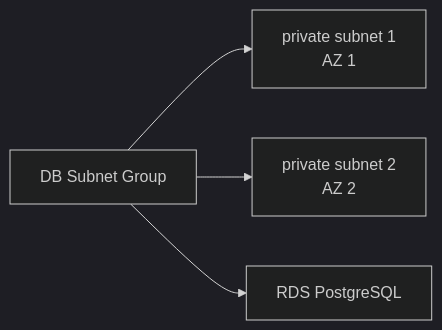
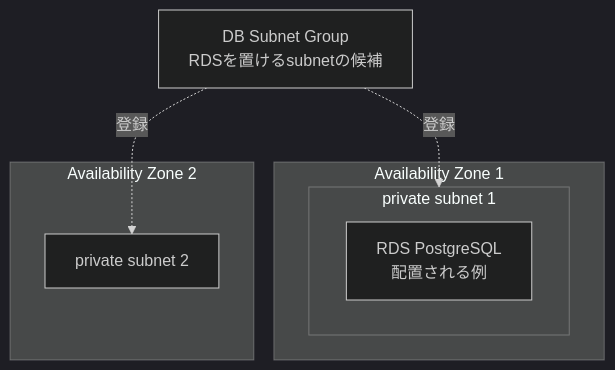
The fifth of 8 diagrams in 12/orientation.md (TORIFUKUKaiou/rails-dojo-year2-content), drawn with Mermaid (dark theme) before and after one commit. The commit also changed other lines of this file and 1 other file, not shown here.

Commit message:
Refactor week 12 curriculum to serialize EC2 setup steps and refine presentation diagrams

````diff
--- a/12/orientation.md
+++ b/12/orientation.md
@@ -109,6 +109,17 @@
 ```mermaid
-flowchart LR
-  DSG["DB Subnet Group"] --> P1["private subnet 1<br>AZ 1"]
-  DSG --> P2["private subnet 2<br>AZ 2"]
-  DSG --> RDS["RDS PostgreSQL"]
+flowchart TB
+  DSG["DB Subnet Group<br>RDSを置けるsubnetの候補"]
+
+  subgraph AZ1["Availability Zone 1"]
+    subgraph P1["private subnet 1"]
+      RDS["RDS PostgreSQL<br>配置される例"]
+    end
+  end
+
+  subgraph AZ2["Availability Zone 2"]
+    P2["private subnet 2"]
+  end
+
+  DSG -.->|"登録"| P1
+  DSG -.->|"登録"| P2
 ```
````
